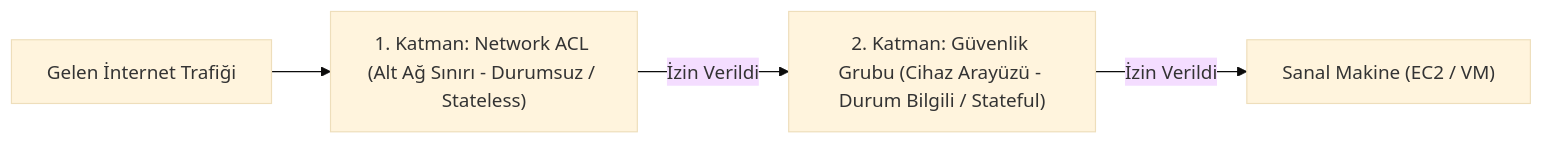
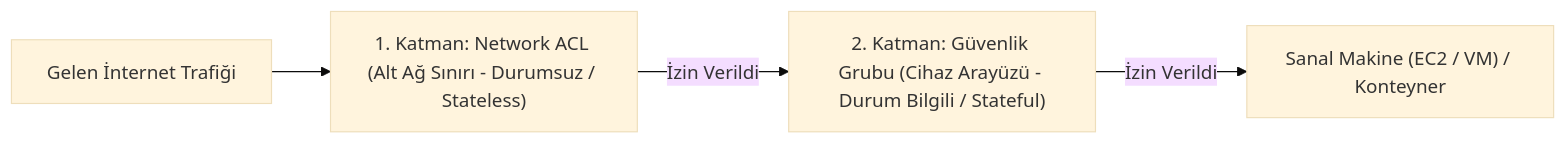
One commit to ytalharabaci/ag-yonetimi-ve-guvenligi changed the diagram in src/content/docs/11-bulut-aglari-ve-hibrit-altyapi-guvenligi/02-bulut-trafik-filtreleme-ve-guvenlik-gruplari.md. Above: the diagram before and after it, drawn with Mermaid (base theme). The commit also changed other lines of this file and 14 other files, not shown here.

Commit message:
feat: icerik zenginlestirme, mermaid duzeltmeleri ve performans optimizasyonlari

````diff
--- a/src/content/docs/11-bulut-aglari-ve-hibrit-altyapi-guvenligi/02-bulut-trafik-filtreleme-ve-guvenlik-gruplari.md
+++ b/src/content/docs/11-bulut-aglari-ve-hibrit-altyapi-guvenligi/02-bulut-trafik-filtreleme-ve-guvenlik-gruplari.md
@@ -16,6 +16,6 @@
 ```mermaid
 flowchart LR
     InTraffic["Gelen İnternet Trafiği"] --> NACL["1. Katman: Network ACL (Alt Ağ Sınırı - Durumsuz / Stateless)"]
     NACL -->|İzin Verildi| SG["2. Katman: Güvenlik Grubu (Cihaz Arayüzü - Durum Bilgili / Stateful)"]
-    SG -->|İzin Verildi| VM["Sanal Makine (EC2 / VM)"]
+    SG -->|İzin Verildi| VM["Sanal Makine (EC2 / VM) / Konteyner"]
 ```
````
